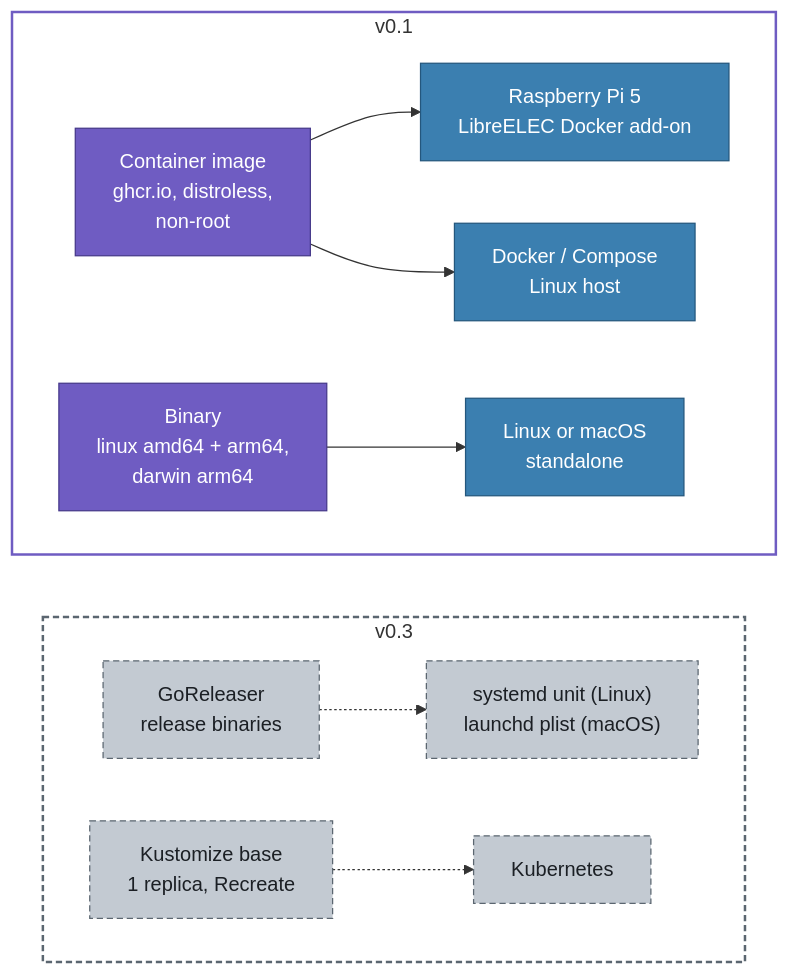
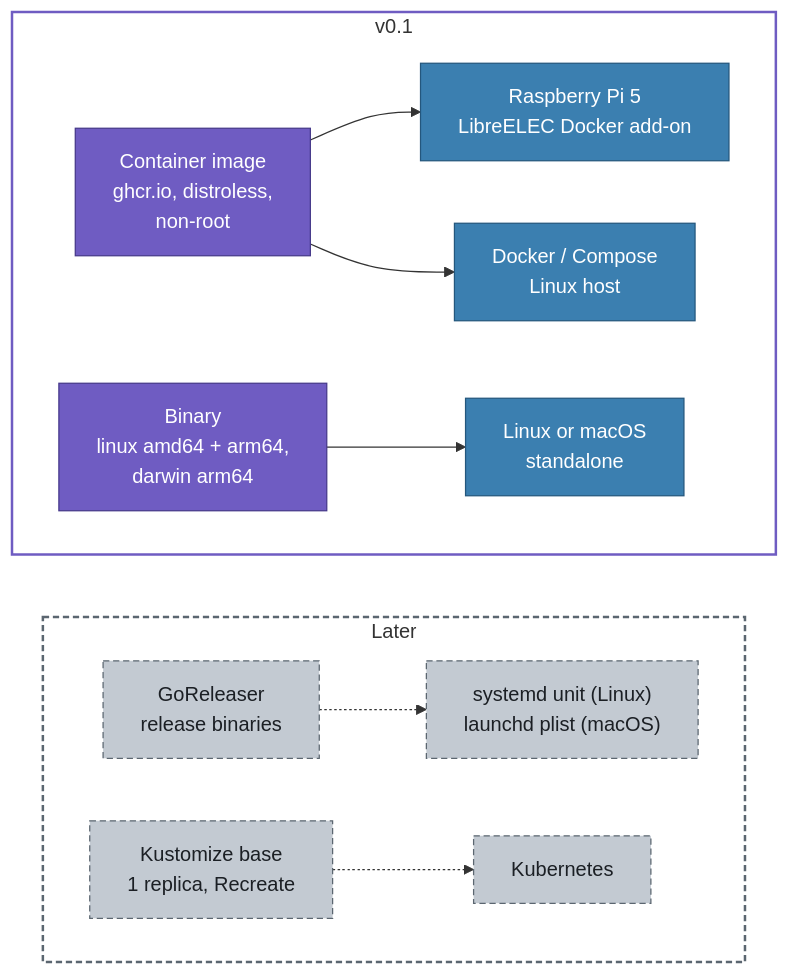
Before and after one commit to KingOfKalk/wg-stream-proxy: diagram 17 of 17 in docs/architecture.md, drawn with Mermaid. The commit also changed other lines of this file and 3 other files, not shown here.

Commit message:
docs(spec): reorder the roadmap: v0.2 Observability, v0.3 Experience, v0.4 Content (#91)

````diff
--- a/docs/architecture.md
+++ b/docs/architecture.md
@@ -930,29 +938,29 @@
 ```mermaid
 flowchart TB
     subgraph v01["v0.1"]
         direction LR
         img["Container image<br/>ghcr.io, distroless,<br/>non-root"]:::proxy
         bin["Binary<br/>linux amd64 + arm64,<br/>darwin arm64"]:::proxy
         pi["Raspberry Pi 5<br/>LibreELEC Docker add-on"]:::lan
         compose["Docker / Compose<br/>Linux host"]:::lan
         host["Linux or macOS<br/>standalone"]:::lan
         img --> pi & compose
         bin --> host
     end
-    subgraph v03["v0.3"]
+    subgraph lt["Later"]
         direction LR
         gor["GoReleaser<br/>release binaries"]:::later
         svc["systemd unit (Linux)<br/>launchd plist (macOS)"]:::later
         k8s["Kustomize base<br/>1 replica, Recreate"]:::later
         cluster["Kubernetes"]:::later
         gor -.-> svc
         k8s -.-> cluster
     end
-    v01 ~~~ v03
+    v01 ~~~ lt
 
     classDef lan fill:#3b7fb0,stroke:#24577d,color:#ffffff
     classDef proxy fill:#6f5cc2,stroke:#46398a,color:#ffffff
     classDef later fill:#c3cad2,stroke:#5b6670,color:#1b1f24,stroke-dasharray:5 3
     style v01 fill:none,stroke:#6f5cc2,stroke-width:2px
-    style v03 fill:none,stroke:#5b6670,stroke-width:2px,stroke-dasharray:5 3
+    style lt fill:none,stroke:#5b6670,stroke-width:2px,stroke-dasharray:5 3
 ```
````
